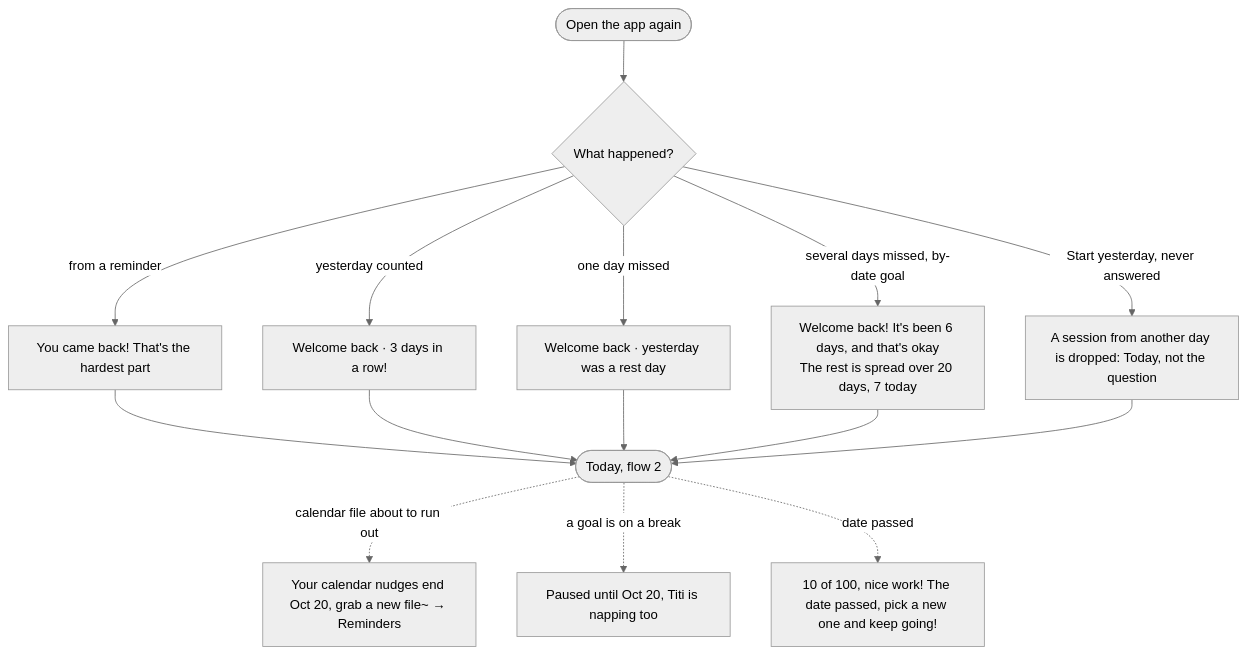
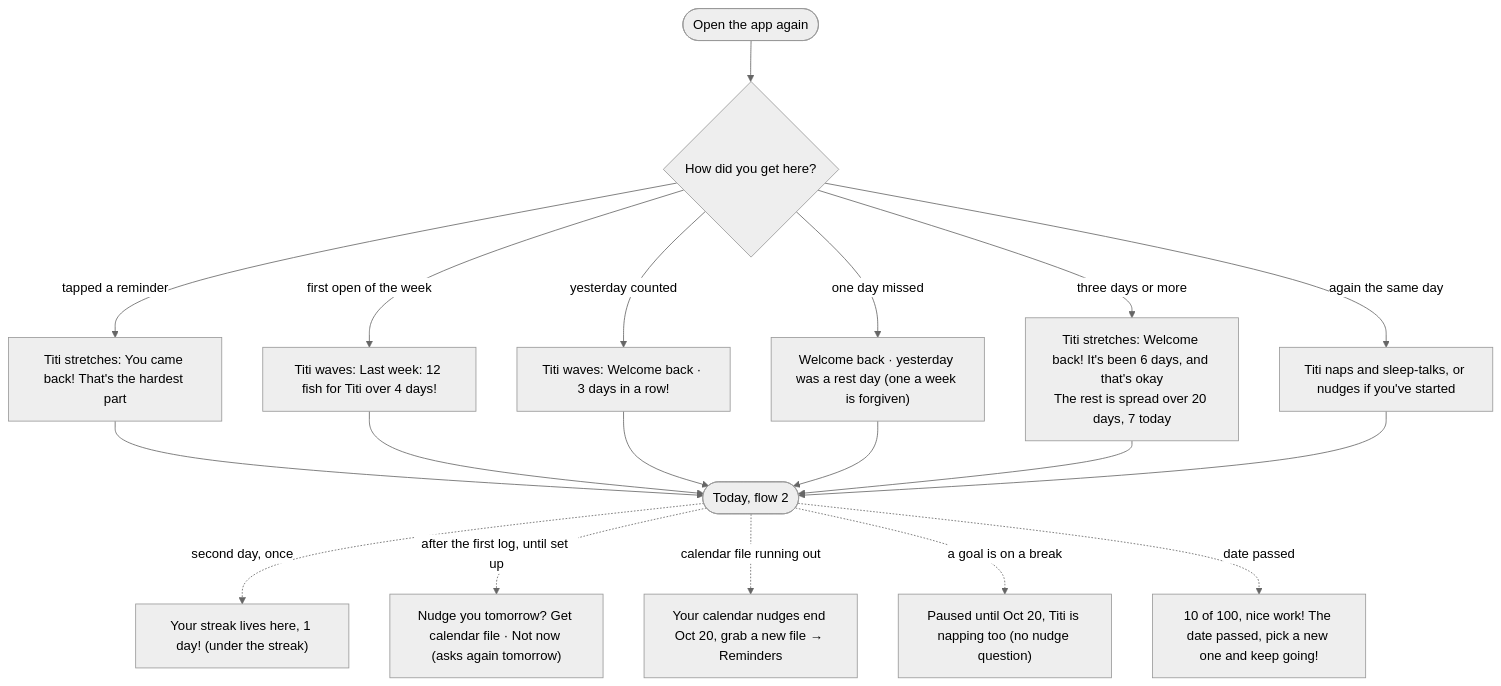
The third of 4 diagrams in flows.md (jessieyiqichen/dbs-a3), drawn with Mermaid (neutral theme) before and after one commit. The commit also changed other lines of this file and 4 other files, not shown here.

First line of the commit message:
docs: README and flows match the app; both first-run rounds; working with the agent; new state sheets

````diff
--- a/flows.md
+++ b/flows.md
@@ -50,13 +53,16 @@
 ```mermaid
 flowchart TD
-    C([Open the app again]) --> K{What happened?}
-    K -->|from a reminder| N1["You came back! That's the hardest part"]
-    K -->|yesterday counted| N2["Welcome back · 3 days in a row!"]
-    K -->|one day missed| N3["Welcome back · yesterday was a rest day"]
-    K -->|several days missed, by-date goal| N4["Welcome back! It's been 6 days, and that's okay\nThe rest is spread over 20 days, 7 today"]
-    K -->|Start yesterday, never answered| N5["A session from another day is dropped: Today, not the question"]
-    N1 & N2 & N3 & N4 & N5 --> T([Today, flow 2])
-    T -.->|calendar file about to run out| CAL["Your calendar nudges end Oct 20, grab a new file~ → Reminders"]
-    T -.->|a goal is on a break| P["Paused until Oct 20, Titi is napping too"]
+    C([Open the app again]) --> K{How did you get here?}
+    K -->|tapped a reminder| N1["Titi stretches: You came back! That's the hardest part"]
+    K -->|first open of the week| N0["Titi waves: Last week: 12 fish for Titi over 4 days!"]
+    K -->|yesterday counted| N2["Titi waves: Welcome back · 3 days in a row!"]
+    K -->|one day missed| N3["Welcome back · yesterday was a rest day (one a week is forgiven)"]
+    K -->|three days or more| N4["Titi stretches: Welcome back! It's been 6 days, and that's okay\nThe rest is spread over 20 days, 7 today"]
+    K -->|again the same day| N5["Titi naps and sleep-talks, or nudges if you've started"]
+    N1 & N0 & N2 & N3 & N4 & N5 --> T([Today, flow 2])
+    T -.->|second day, once| ST["Your streak lives here, 1 day! (under the streak)"]
+    T -.->|after the first log, until set up| P["Nudge you tomorrow? Get calendar file · Not now (asks again tomorrow)"]
+    T -.->|calendar file running out| CAL["Your calendar nudges end Oct 20, grab a new file → Reminders"]
+    T -.->|a goal is on a break| BR["Paused until Oct 20, Titi is napping too (no nudge question)"]
     T -.->|date passed| DP["10 of 100, nice work! The date passed, pick a new one and keep going!"]
 ```
````
